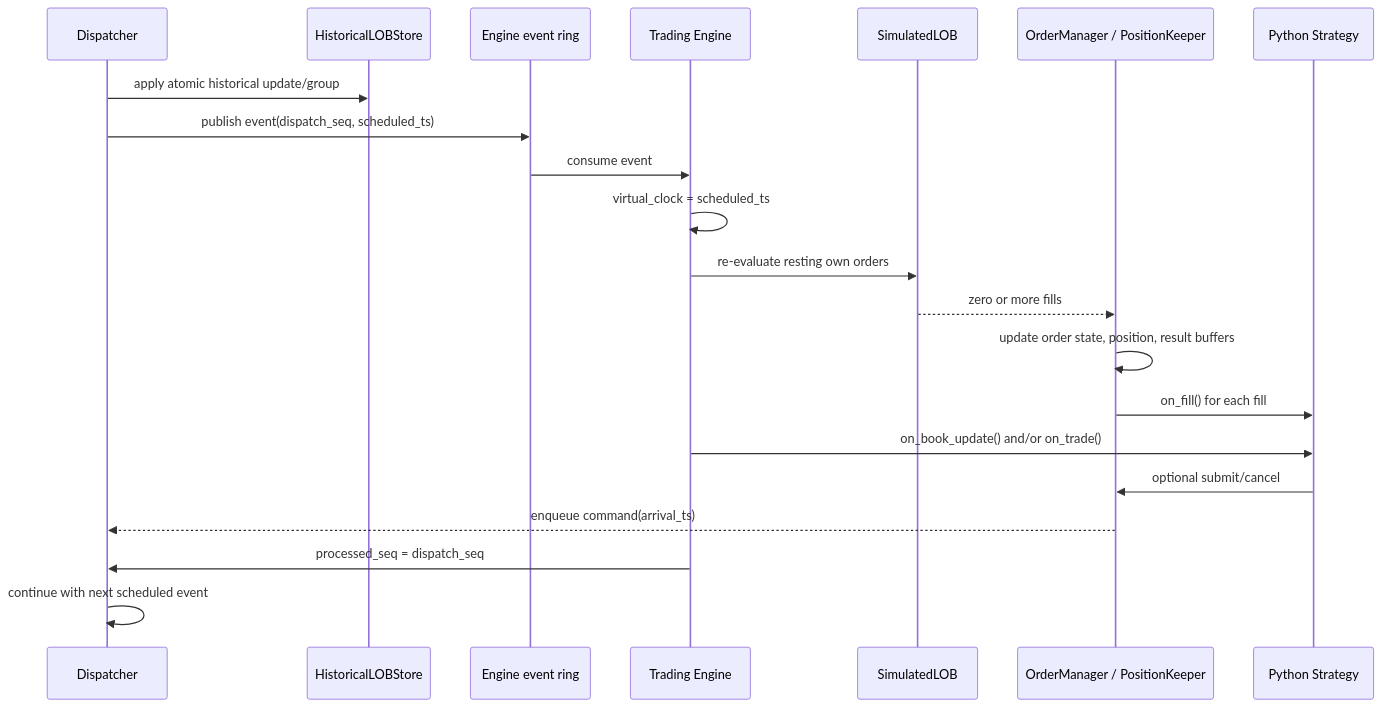
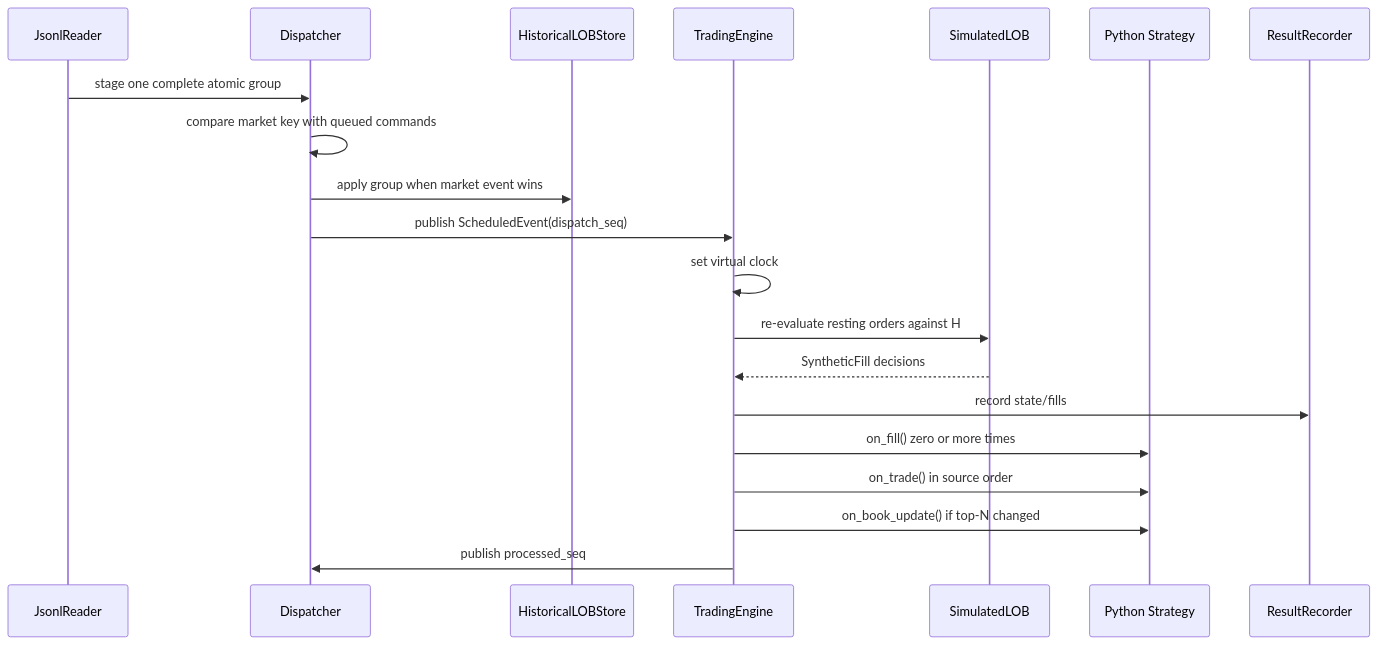
Before and after one commit to axxeny/back-tester-2026: the third of 4 diagrams in docs/hw4/architecture/02_context_and_containers.md, drawn with Mermaid. The commit also changed other lines of this file and 60 other files, not shown here.

````diff
--- a/docs/hw4/architecture/02_context_and_containers.md
+++ b/docs/hw4/architecture/02_context_and_containers.md
@@ -84,24 +97,23 @@
 ```mermaid
 sequenceDiagram
+    participant R as JsonlReader
     participant D as Dispatcher
     participant H as HistoricalLOBStore
-    participant Q as Engine event ring
-    participant T as Trading Engine
+    participant T as TradingEngine
     participant S as SimulatedLOB
-    participant O as OrderManager / PositionKeeper
     participant P as Python Strategy
+    participant O as ResultRecorder
 
-    D->>H: apply atomic historical update/group
-    D->>Q: publish event(dispatch_seq, scheduled_ts)
-    Q->>T: consume event
-    T->>T: virtual_clock = scheduled_ts
-    T->>S: re-evaluate resting own orders
-    S-->>O: zero or more fills
-    O->>O: update order state, position, result buffers
-    O->>P: on_fill() for each fill
-    T->>P: on_book_update() and/or on_trade()
-    P->>O: optional submit/cancel
-    O-->>D: enqueue command(arrival_ts)
-    T->>D: processed_seq = dispatch_seq
-    D->>D: continue with next scheduled event
+    R->>D: stage one complete atomic group
+    D->>D: compare market key with queued commands
+    D->>H: apply group when market event wins
+    D->>T: publish ScheduledEvent(dispatch_seq)
+    T->>T: set virtual clock
+    T->>S: re-evaluate resting orders against H
+    S-->>T: SyntheticFill decisions
+    T->>O: record state/fills
+    T->>P: on_fill() zero or more times
+    T->>P: on_trade() in source order
+    T->>P: on_book_update() if top-N changed
+    T->>D: publish processed_seq
 ```
````
